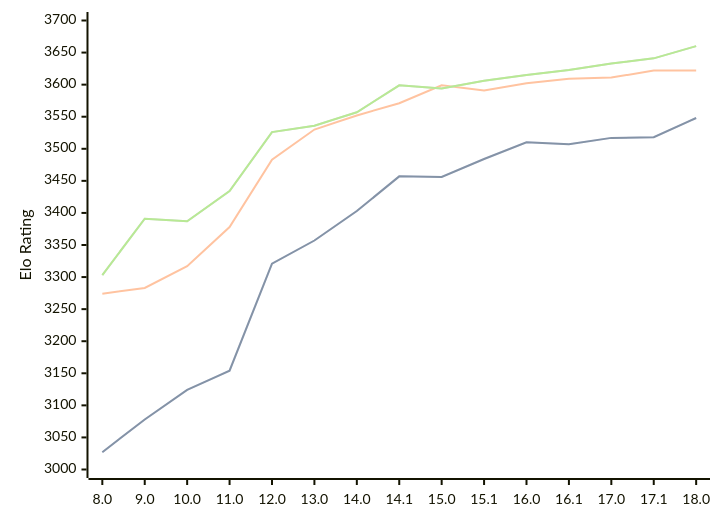
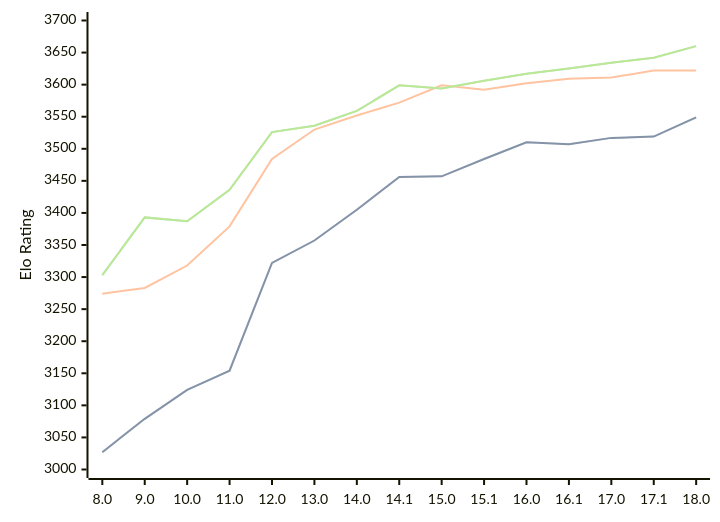
The diagram in engines/Stockfish.md (computer-chess-index/cci), drawn with Mermaid before and after one commit. The commit also changed other lines of this file, not shown here.

Commit message:
Update CCI Ratings (ELO VLTC) - 2026-03-14

````diff
--- a/engines/Stockfish.md
+++ b/engines/Stockfish.md
@@ -44,11 +44,11 @@
 ```mermaid
 %%{init: {"theme":"base","themeVariables":{"seriesColors:['#a3a3a3','#222221','#faa371']}}}%%
 xychart-beta
   x-axis ["8.0", "9.0", "10.0", "11.0", "12.0", "13.0", "14.0", "14.1", "15.0", "15.1", "16.0", "16.1", "17.0", "17.1", "18.0"]
   y-axis "Elo Rating" 3000 --> 3700
-  line "STC (8.0+0.08s)" [3027, 3078, 3124, 3154, 3321, 3357, 3403, 3457, 3456, 3484, 3510, 3507, 3517, 3518, 3548]
-  line "STC (8.0+0.08s)" [3027, 3078, 3124, 3154, 3321, 3357, 3403, 3457, 3456, 3484, 3510, 3507, 3517, 3518, 3548]
-  line "LTC (60.0+0.60s)" [3274, 3283, 3317, 3378, 3483, 3530, 3552, 3571, 3599, 3591, 3602, 3609, 3611, 3622, 3622]
-  line "VLTC (2m24s+1.12s)" [3303, 3391, 3387, 3434, 3526, 3536, 3557, 3599, 3594, 3606, 3615, 3623, 3633, 3641, 3660]
-  line "VLTC (2m24s+1.12s)" [3303, 3391, 3387, 3434, 3526, 3536, 3557, 3599, 3594, 3606, 3615, 3623, 3633, 3641, 3660]
+  line "STC (8.0+0.08s)" [3027, 3079, 3124, 3154, 3322, 3357, 3405, 3456, 3457, 3484, 3510, 3507, 3517, 3519, 3549]
+  line "STC (8.0+0.08s)" [3027, 3079, 3124, 3154, 3322, 3357, 3405, 3456, 3457, 3484, 3510, 3507, 3517, 3519, 3549]
+  line "LTC (60.0+0.60s)" [3274, 3283, 3318, 3379, 3484, 3530, 3552, 3572, 3599, 3592, 3602, 3609, 3611, 3622, 3622]
+  line "VLTC (2m24s+1.12s)" [3303, 3393, 3387, 3436, 3526, 3536, 3559, 3599, 3594, 3606, 3617, 3625, 3634, 3642, 3660]
+  line "VLTC (2m24s+1.12s)" [3303, 3393, 3387, 3436, 3526, 3536, 3559, 3599, 3594, 3606, 3617, 3625, 3634, 3642, 3660]
 ```
````
